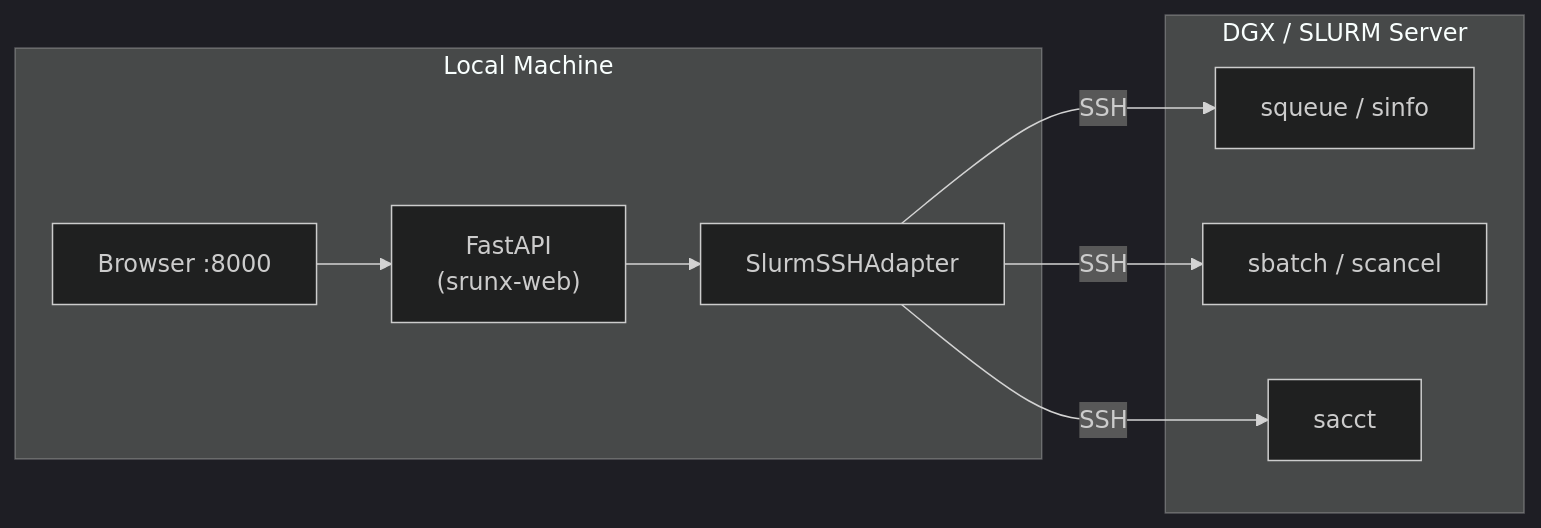
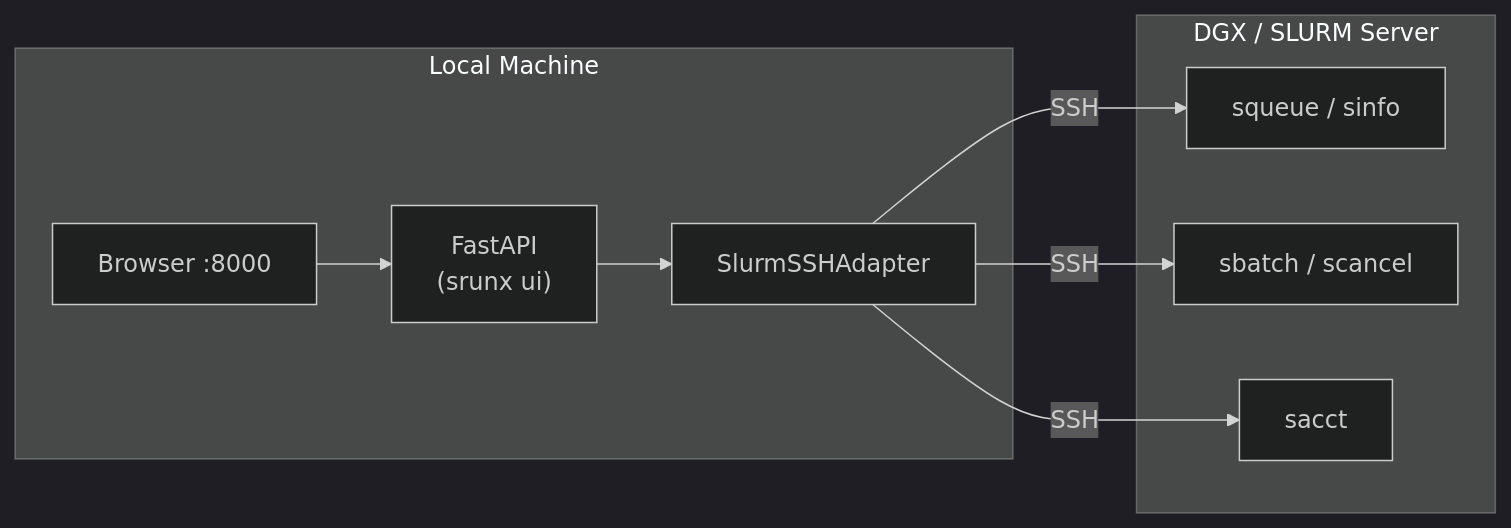
The first of 3 diagrams in docs/explanation/architecture.rst (ksterx/srunx), drawn with Mermaid (dark theme) before and after one commit. The commit also changed 20 other files, not shown here.

First line of the commit message:
feat: rename srunx-web to srunx ui subcommand with --host/--port options

```diff
--- a/docs/explanation/architecture.rst
+++ b/docs/explanation/architecture.rst
@@ -68,17 +68,17 @@
 .. mermaid::
 
    flowchart LR
      subgraph local["Local Machine"]
        Browser["Browser :8000"]
-       FastAPI["FastAPI\n(srunx-web)"]
+       FastAPI["FastAPI\n(srunx ui)"]
        Adapter["SlurmSSHAdapter"]
        Browser --> FastAPI --> Adapter
      end
      subgraph remote["DGX / SLURM Server"]
        squeue["squeue / sinfo"]
        sbatch["sbatch / scancel"]
        sacct["sacct"]
      end
      Adapter -- SSH --> squeue
      Adapter -- SSH --> sbatch
      Adapter -- SSH --> sacct
```
